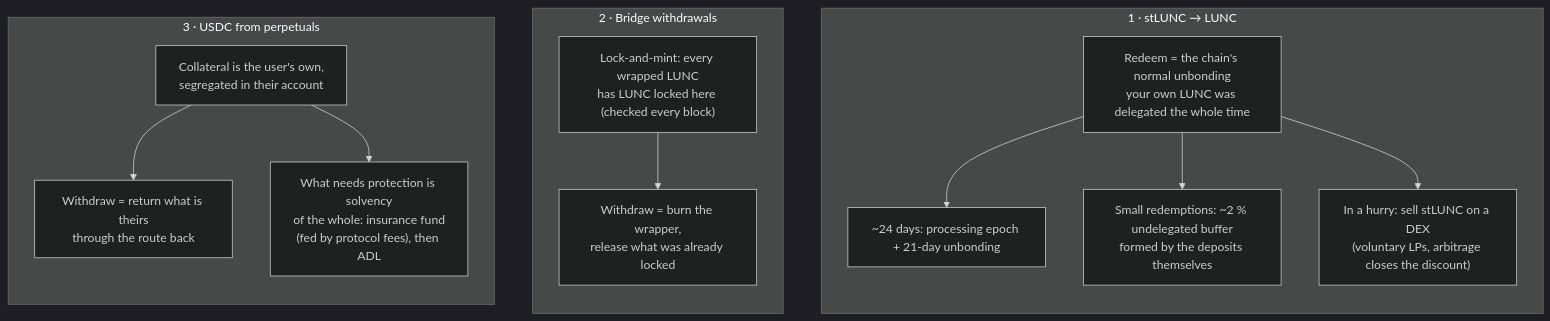
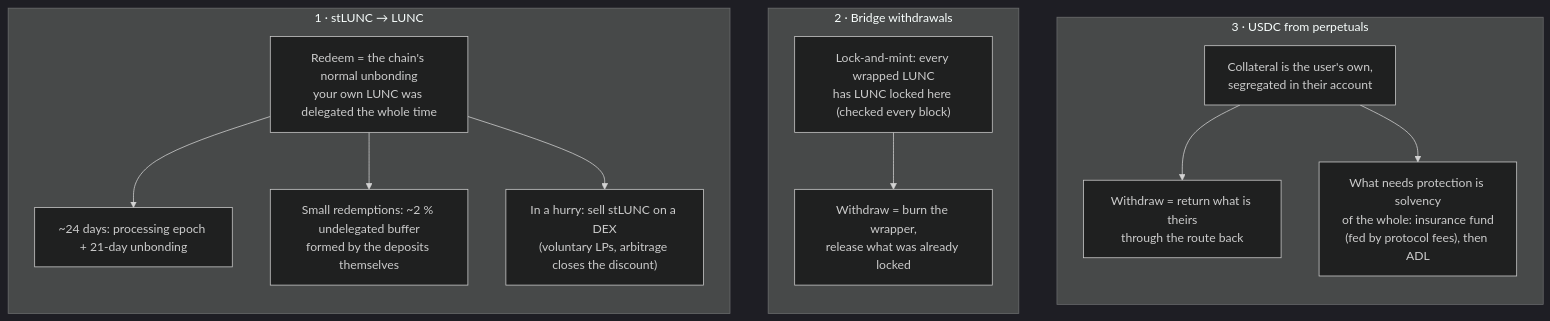
Before and after one commit to igorv43/proposal: diagram 14 of 14 in README.md, drawn with Mermaid (dark theme). The commit also changed 1 other file, not shown here.

Commit message:
Withdrawal diagram: keep the three paths in 1-2-3 order

````diff
--- a/README.md
+++ b/README.md
@@ -542,21 +542,22 @@
 ```mermaid
-flowchart TB
+flowchart LR
     subgraph W1["1 · stLUNC → LUNC"]
         direction TB
         R1["Redeem = the chain's normal unbonding<br/>your own LUNC was delegated the whole time"]
         R1 --> R2["~24 days: processing epoch + 21-day unbonding"]
         R1 --> R3["Small redemptions: ~2 % undelegated buffer<br/>formed by the deposits themselves"]
         R1 --> R4["In a hurry: sell stLUNC on a DEX<br/>(voluntary LPs, arbitrage closes the discount)"]
     end
     subgraph W2["2 · Bridge withdrawals"]
         direction TB
         B1["Lock-and-mint: every wrapped LUNC<br/>has LUNC locked here (checked every block)"]
         B1 --> B2["Withdraw = burn the wrapper,<br/>release what was already locked"]
     end
     subgraph W3["3 · USDC from perpetuals"]
         direction TB
         U1["Collateral is the user's own,<br/>segregated in their account"]
         U1 --> U2["Withdraw = return what is theirs<br/>through the route back"]
         U1 --> U3["What needs protection is solvency<br/>of the whole: insurance fund<br/>(fed by protocol fees), then ADL"]
     end
+    W1 ~~~ W2 ~~~ W3
 ```
````
